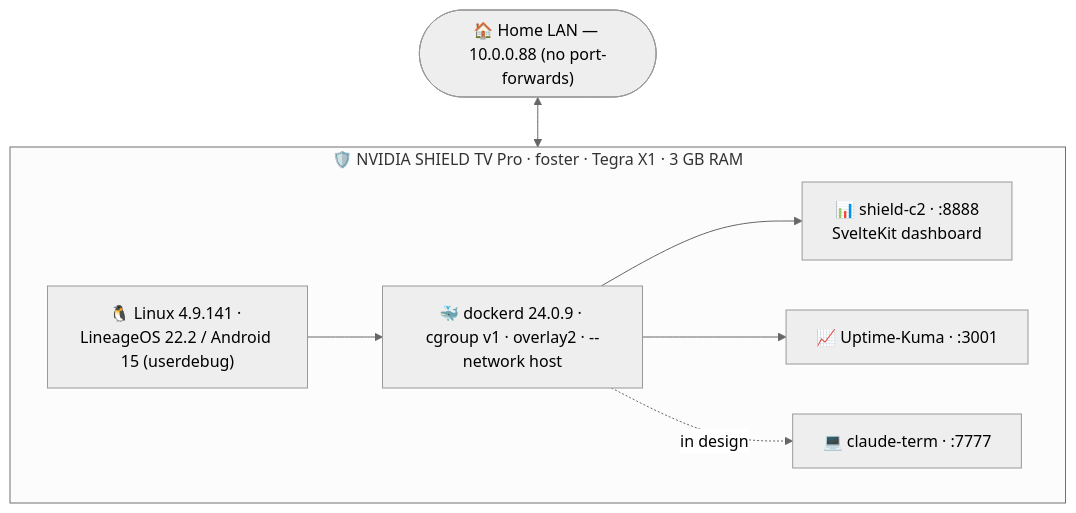
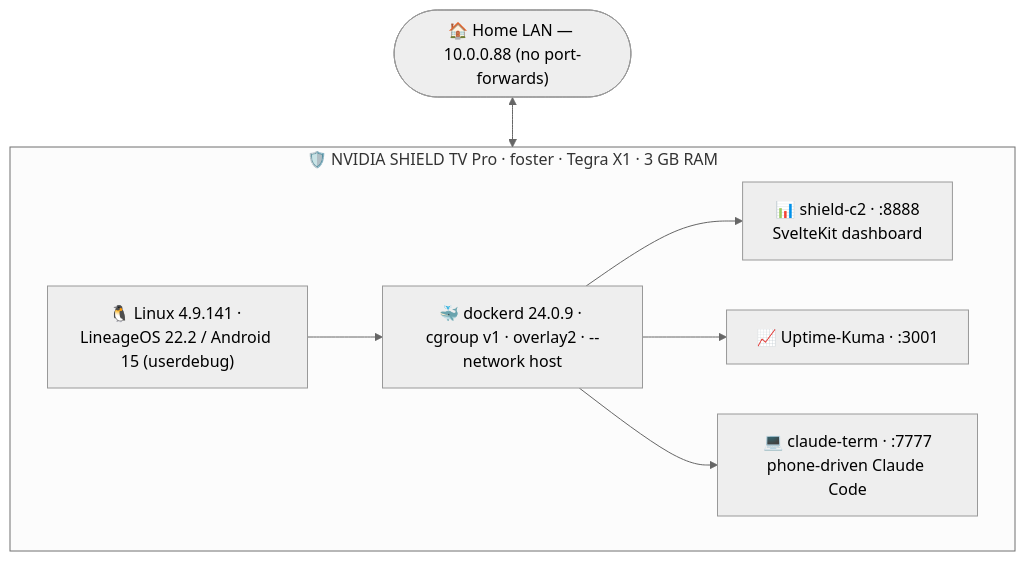
Before and after one commit to Quadstronaut/NVidiaShieldPro: the first of 2 diagrams in README.md, drawn with Mermaid (neutral theme). The commit also changed other lines of this file and 3 other files, not shown here.

First line of the commit message:
docs(claude-term): document persistence fix + mobile UI; mark service live

````diff
--- a/README.md
+++ b/README.md
@@ -124,13 +124,13 @@
 ```mermaid
 flowchart TB
     LAN(["🏠 Home LAN — 10.0.0.88 (no port-forwards)"])
     subgraph SHIELD["🛡️ NVIDIA SHIELD TV Pro · foster · Tegra X1 · 3 GB RAM"]
         K["🐧 Linux 4.9.141 · LineageOS 22.2 / Android 15 (userdebug)"]
         DK["🐳 dockerd 24.0.9 · cgroup v1 · overlay2 · --network host"]
         K --> DK
         DK --> C2["📊 shield-c2 · :8888<br/>SvelteKit dashboard"]
         DK --> KU["📈 Uptime-Kuma · :3001"]
-        DK -. in design .-> CT["💻 claude-term · :7777"]
+        DK --> CT["💻 claude-term · :7777<br/>phone-driven Claude Code"]
     end
     LAN <--> SHIELD
 ```
````
